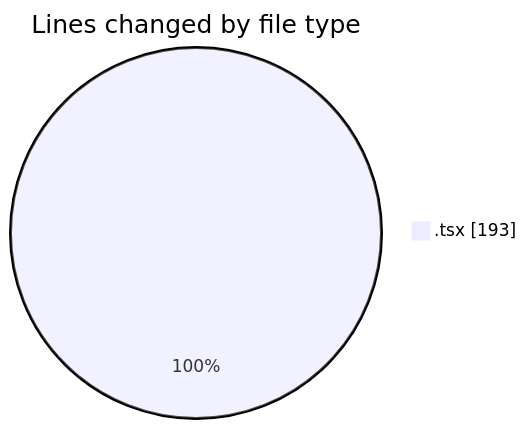
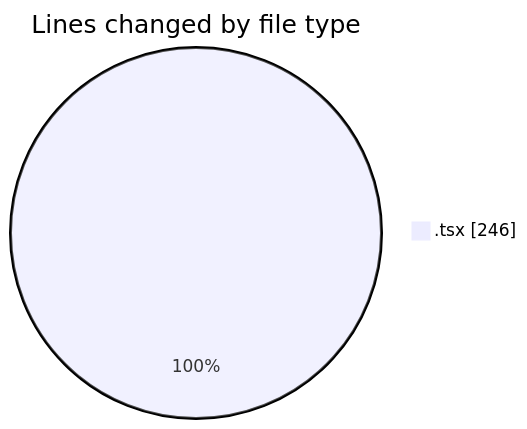
Before and after one commit to robertbonfada/code-tracking: the first of 2 diagrams in 2025-02-27/audiobooks-web/README.md, drawn with Mermaid. The commit also changed other lines of this file and 1 other file, not shown here.

````diff
--- a/2025-02-27/audiobooks-web/README.md
+++ b/2025-02-27/audiobooks-web/README.md
@@ -22,5 +23,5 @@
 ```mermaid
 pie showData
 title Lines changed by file type
-".tsx" : 193
+".tsx" : 246
 ```
````
